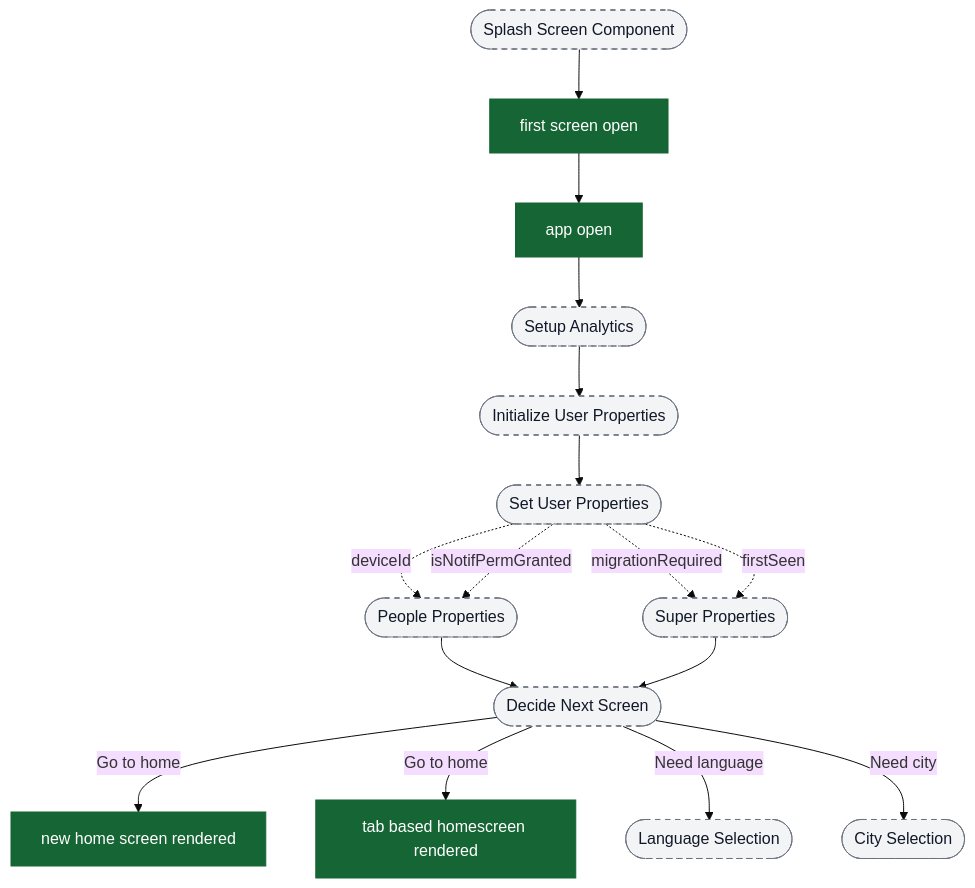
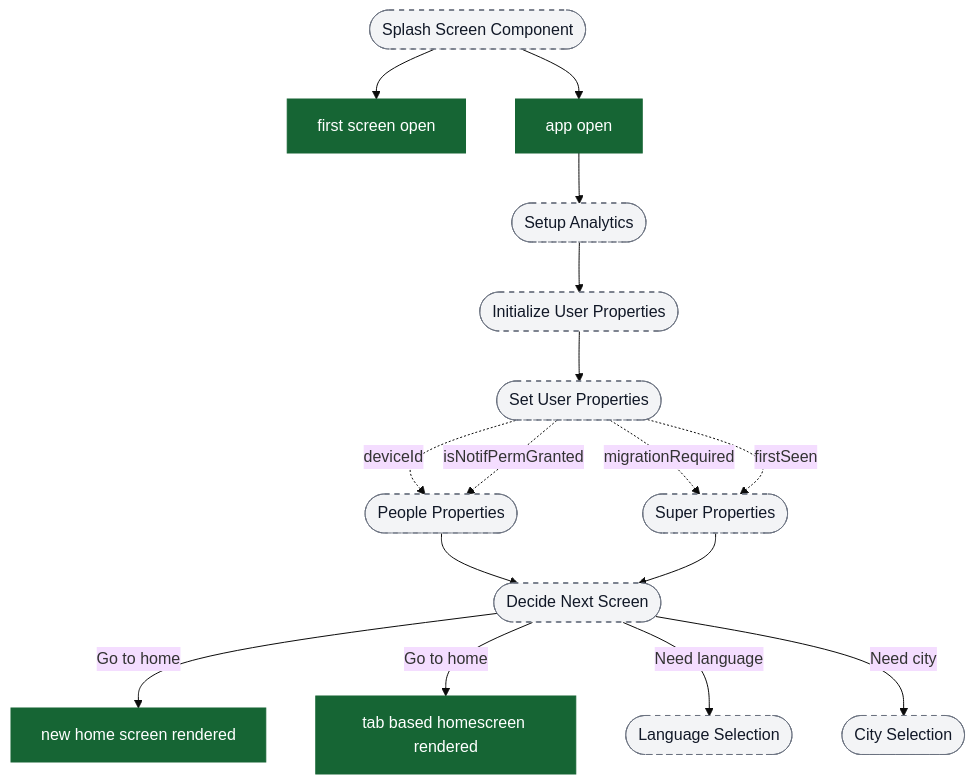
One commit to ratulsarna/chalo-app-dashboard changed the third of 10 diagrams in content/analytics/onboarding/flow-diagrams.md. Above: the diagram before and after it, drawn with Mermaid (base theme). The commit also changed other lines of this file and 6 other files, not shown here.

Commit message:
feat(analytics): update flow mappings, enhance event definitions, and improve validation logic

````diff
--- a/content/analytics/onboarding/flow-diagrams.md
+++ b/content/analytics/onboarding/flow-diagrams.md
@@ -91,29 +92,29 @@
 ```mermaid
 flowchart TD
   ui_splashScreen([Splash Screen Component]) --> ev_firstScreen["first screen open"]
-  ev_firstScreen --> ev_appOpen["app open"]
+  ui_splashScreen --> ev_appOpen["app open"]
 
   ev_appOpen --> ui_setupAnalytics([Setup Analytics])
   ui_setupAnalytics --> ui_initUserProps([Initialize User Properties])
 
   ui_initUserProps --> ui_setUserProps([Set User Properties])
   ui_setUserProps -.->|deviceId| ui_peopleProps([People Properties])
   ui_setUserProps -.->|isNotifPermGranted| ui_peopleProps
   ui_setUserProps -.->|migrationRequired| ui_superProps([Super Properties])
   ui_setUserProps -.->|firstSeen| ui_superProps
 
   ui_peopleProps --> ui_decideNext([Decide Next Screen])
   ui_superProps --> ui_decideNext
 
   ui_decideNext -->|Go to home| ev_newHome["new home screen rendered"]
   ui_decideNext -->|Go to home| ev_tabHome["tab based homescreen rendered"]
   ui_decideNext -->|Need language| ui_languageScreen([Language Selection])
   ui_decideNext -->|Need city| ui_cityScreen([City Selection])
 
   classDef event fill:#166534,stroke:#166534,color:#ffffff;
   classDef ui fill:#f3f4f6,stroke:#6b7280,stroke-dasharray: 5 5,color:#111827;
   classDef external fill:#ffffff,stroke:#6b7280,stroke-dasharray: 3 3,color:#111827;
 
   class ev_firstScreen,ev_appOpen,ev_newHome,ev_tabHome event;
   class ui_splashScreen,ui_setupAnalytics,ui_initUserProps,ui_setUserProps,ui_peopleProps,ui_superProps,ui_decideNext,ui_languageScreen,ui_cityScreen ui;
 ```
````
